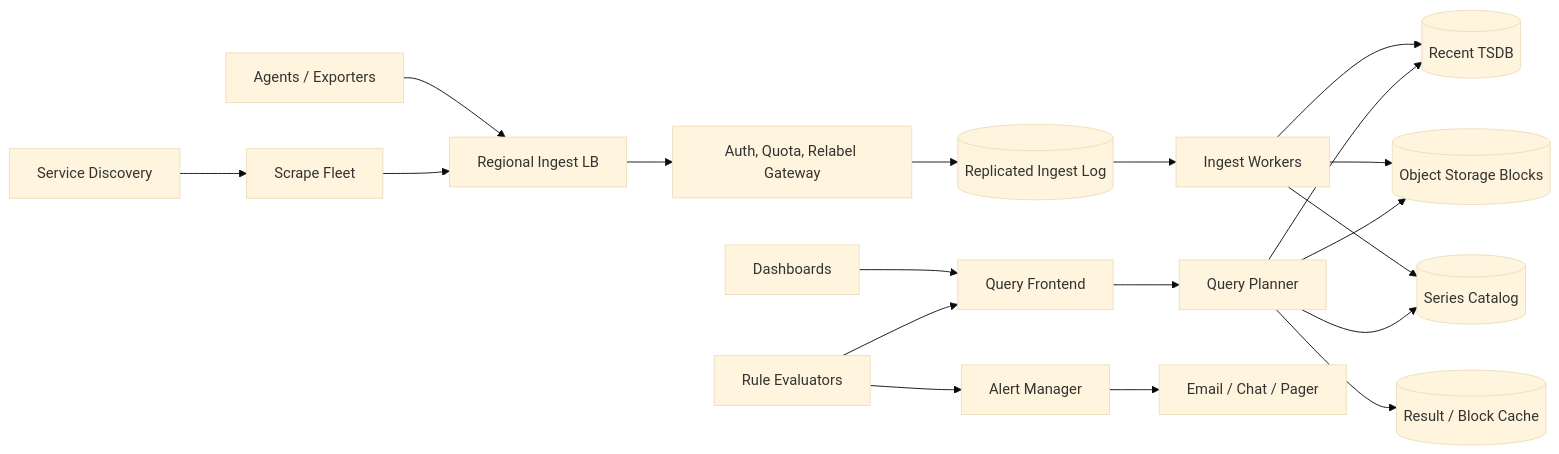
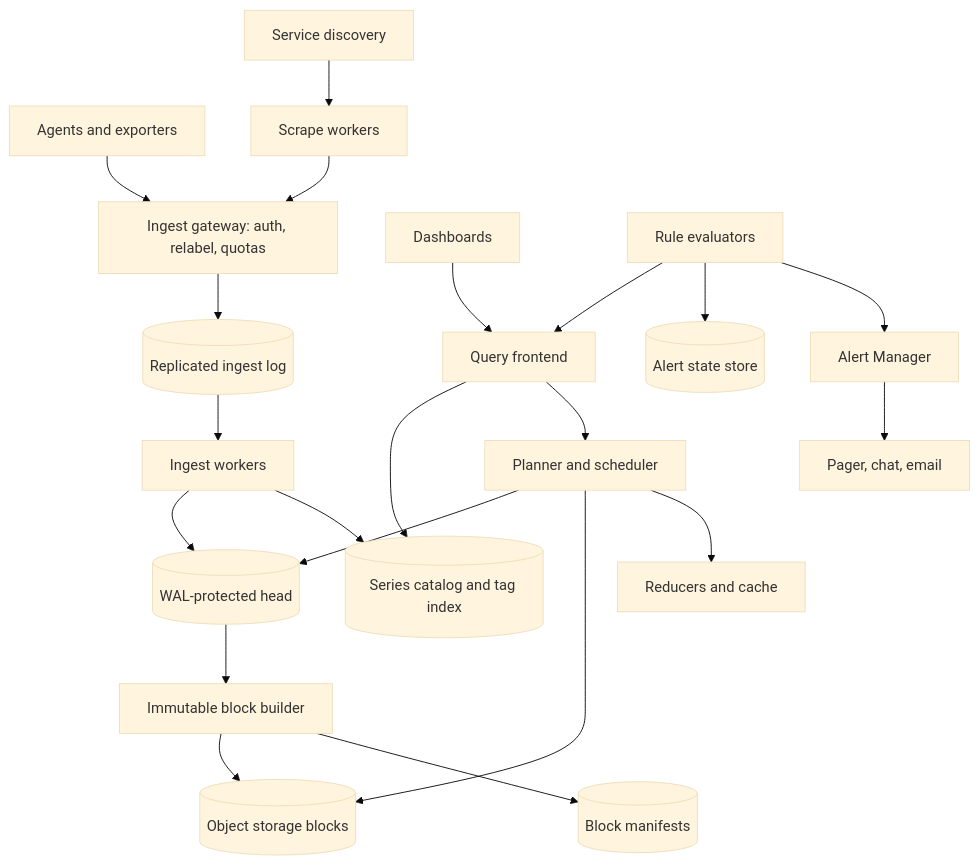
One commit to Pranshu258/system-design changed the second of 5 diagrams in metrics-monitoring-system-design.md. Above: the diagram before and after it, drawn with Mermaid (base theme). The commit also changed other lines of this file and 23 other files, not shown here.

````diff
--- a/metrics-monitoring-system-design.md
+++ b/metrics-monitoring-system-design.md
@@ -47,21 +185,23 @@
 ```mermaid
-flowchart LR
-    A[Agents / Exporters] --> LB[Regional Ingest LB]
-    SD[Service Discovery] --> SC[Scrape Fleet]
-    SC --> LB
-    LB --> GW[Auth, Quota, Relabel Gateway]
-    GW --> LOG[(Replicated Ingest Log)]
-    LOG --> IW[Ingest Workers]
-    IW --> HEAD[(Recent TSDB)]
-    IW --> OBJ[(Object Storage Blocks)]
-    IW --> CAT[(Series Catalog)]
-    Q[Query Frontend] --> PLAN[Query Planner]
-    PLAN --> HEAD
-    PLAN --> OBJ
-    PLAN --> CAT
-    PLAN --> CACHE[(Result / Block Cache)]
-    UI[Dashboards] --> Q
-    AE[Rule Evaluators] --> Q
-    AE --> AM[Alert Manager]
-    AM --> N[Email / Chat / Pager]
+flowchart TD
+    A["Agents and exporters"] --> G["Ingest gateway: auth, relabel, quotas"]
+    S["Scrape workers"] --> G
+    SD["Service discovery"] --> S
+    G --> L[("Replicated ingest log")]
+    L --> W["Ingest workers"]
+    W --> H[("WAL-protected head")]
+    W --> C[("Series catalog and tag index")]
+    H --> B["Immutable block builder"]
+    B --> O[("Object storage blocks")]
+    B --> M[("Block manifests")]
+    QF["Query frontend"] --> C
+    QF --> QP["Planner and scheduler"]
+    QP --> H
+    QP --> O
+    QP --> R["Reducers and cache"]
+    UI["Dashboards"] --> QF
+    AE["Rule evaluators"] --> QF
+    AE --> AS[("Alert state store")]
+    AE --> AM["Alert Manager"]
+    AM --> N["Pager, chat, email"]
 ```
````
